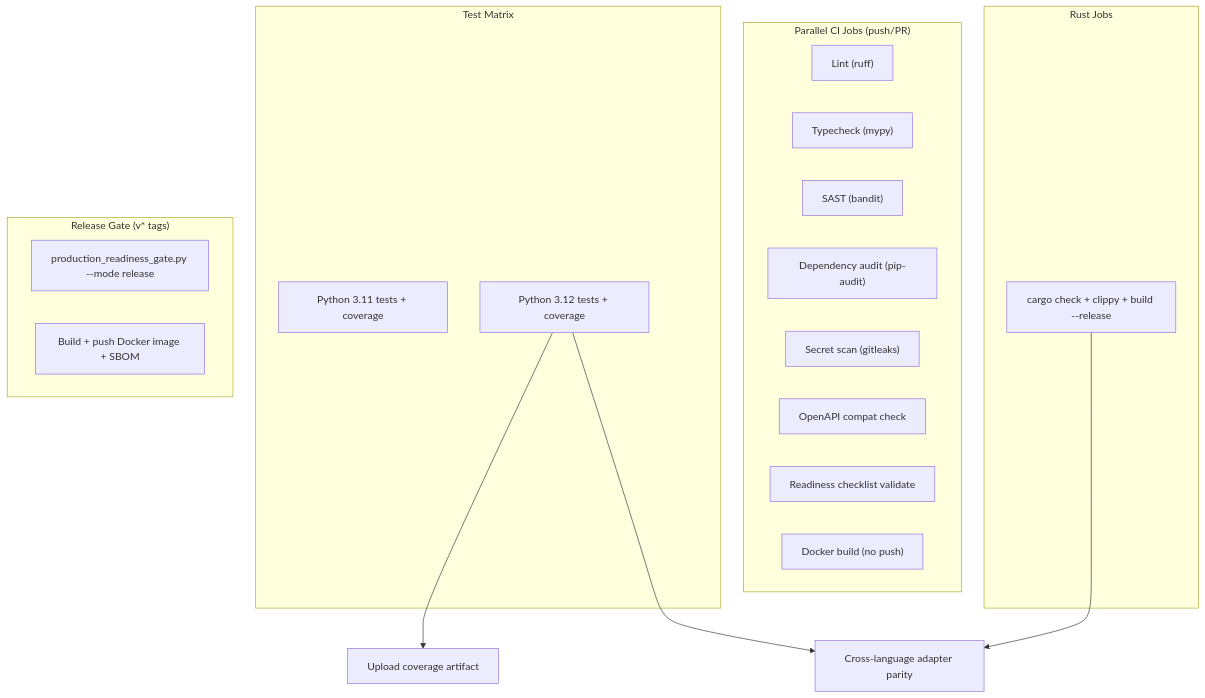
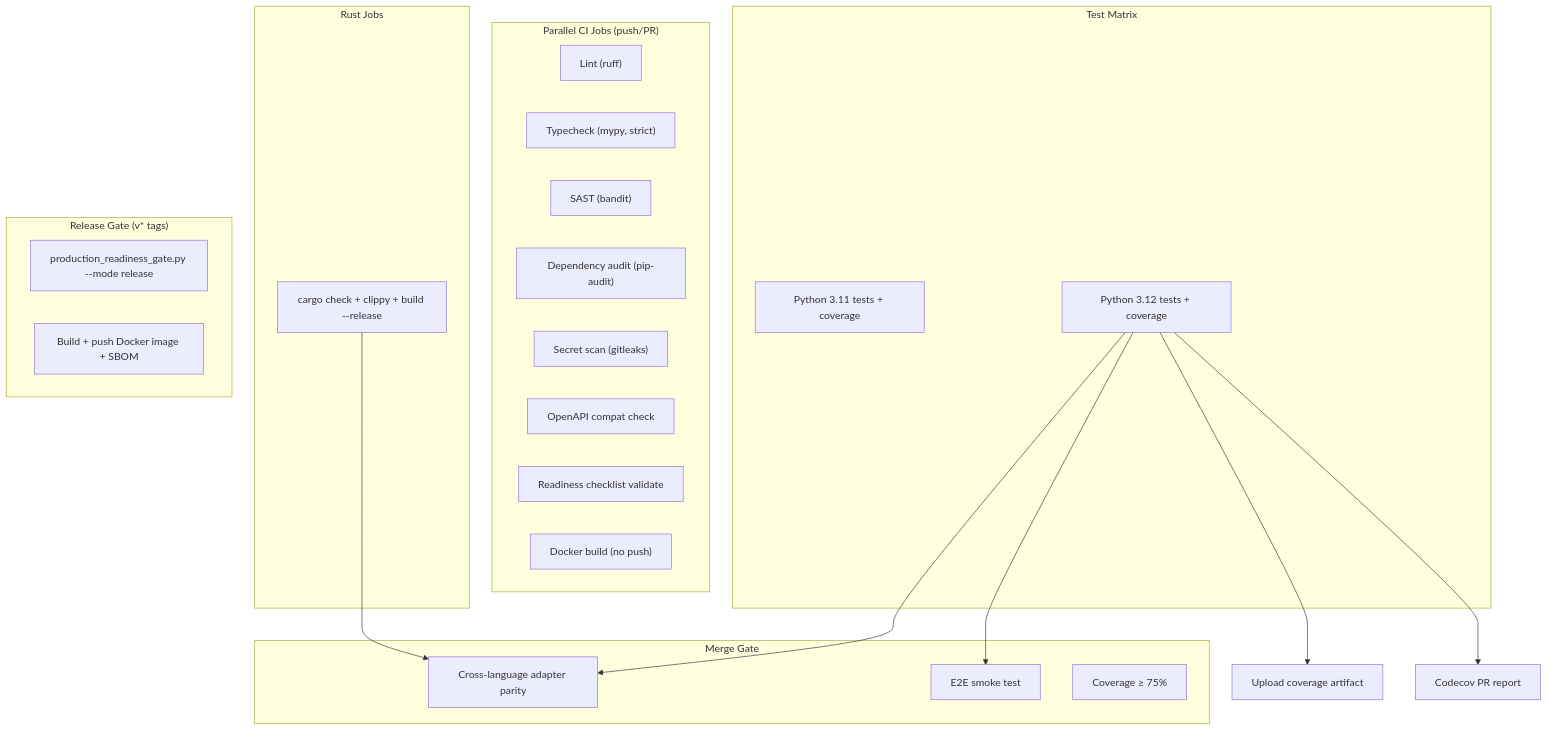
Before and after one commit to ErenAri/HCP-workload-optimizer: the eighth of 8 diagrams in README.md, drawn with Mermaid. The commit also changed other lines of this file and 37 other files, not shown here.

````diff
--- a/README.md
+++ b/README.md
@@ -761,31 +845,39 @@
 ```mermaid
 flowchart TD
   subgraph Checks["Parallel CI Jobs (push/PR)"]
     LINT["Lint (ruff)"]
-    TYPE["Typecheck (mypy)"]
+    TYPE["Typecheck (mypy, strict)"]
     SAST["SAST (bandit)"]
     AUDIT["Dependency audit (pip-audit)"]
     SECRETS["Secret scan (gitleaks)"]
     COMPAT["OpenAPI compat check"]
     READY["Readiness checklist validate"]
     DOCKER["Docker build (no push)"]
   end
 
   subgraph Test["Test Matrix"]
     PY311["Python 3.11 tests + coverage"]
     PY312["Python 3.12 tests + coverage"]
   end
 
   subgraph Rust["Rust Jobs"]
     RCHECK["cargo check + clippy + build --release"]
   end
 
   PY312 --> COV["Upload coverage artifact"]
+  PY312 --> CODECOV["Codecov PR report"]
   RCHECK --> XPARITY["Cross-language adapter parity"]
   PY312 --> XPARITY
+  PY312 --> E2E["E2E smoke test"]
+
+  subgraph Gate["Merge Gate"]
+    E2E
+    XPARITY
+    COV_CHECK["Coverage ≥ 75%"]
+  end
 
   subgraph Release["Release Gate (v* tags)"]
-    GATE["production_readiness_gate.py --mode release"]
+    RGATE["production_readiness_gate.py --mode release"]
     PUBLISH["Build + push Docker image + SBOM"]
   end
 ```
````
